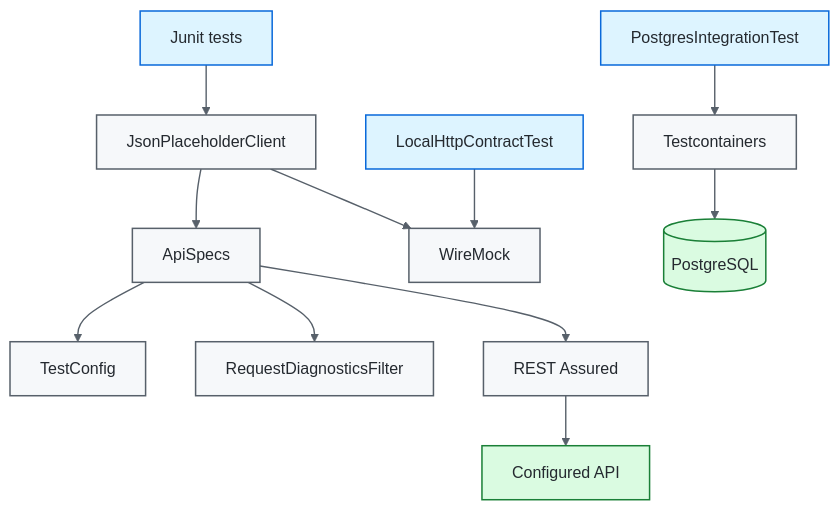
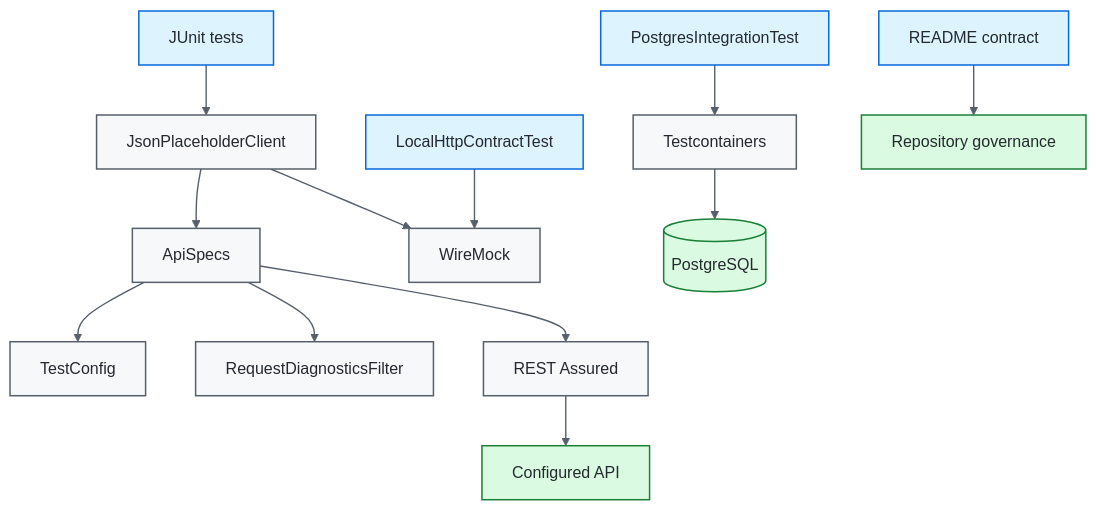
The first of 2 diagrams in README.md (portyu9/qa-automation-java-restassured), drawn with Mermaid before and after one commit. The commit also changed other lines of this file and 2 other files, not shown here.

````diff
--- a/README.md
+++ b/README.md
@@ -36,21 +41,22 @@
 ```mermaid
 flowchart TD
-    J[Junit tests] --> CLIENT[JsonPlaceholderClient]
+    J[JUnit tests] --> CLIENT[JsonPlaceholderClient]
     CLIENT --> SPEC[ApiSpecs]
     SPEC --> CFG[TestConfig]
     SPEC --> FILTER[RequestDiagnosticsFilter]
     SPEC --> RA[REST Assured]
     RA --> API[Configured API]
     LOCAL[LocalHttpContractTest] --> WM[WireMock]
     CLIENT --> WM
     DB[PostgresIntegrationTest] --> TC[Testcontainers]
     TC --> PG[(PostgreSQL)]
+    DOCS[README contract] --> GOVERN[Repository governance]
 
     classDef entry fill:#ddf4ff,stroke:#0969da,color:#24292f,stroke-width:1.5px;
     classDef core fill:#f6f8fa,stroke:#57606a,color:#24292f,stroke-width:1.5px;
     classDef evidence fill:#dafbe1,stroke:#1a7f37,color:#24292f,stroke-width:1.5px;
-    class J,LOCAL,DB entry;
+    class J,LOCAL,DB,DOCS entry;
     class CLIENT,SPEC,CFG,FILTER,RA,WM,TC core;
-    class API,PG evidence;
+    class API,PG,GOVERN evidence;
     linkStyle default stroke:#57606a,stroke-width:1.4px;
 ```
````
